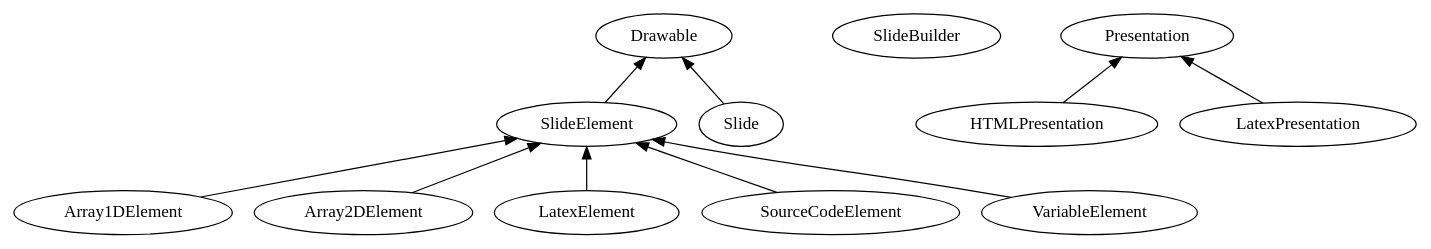
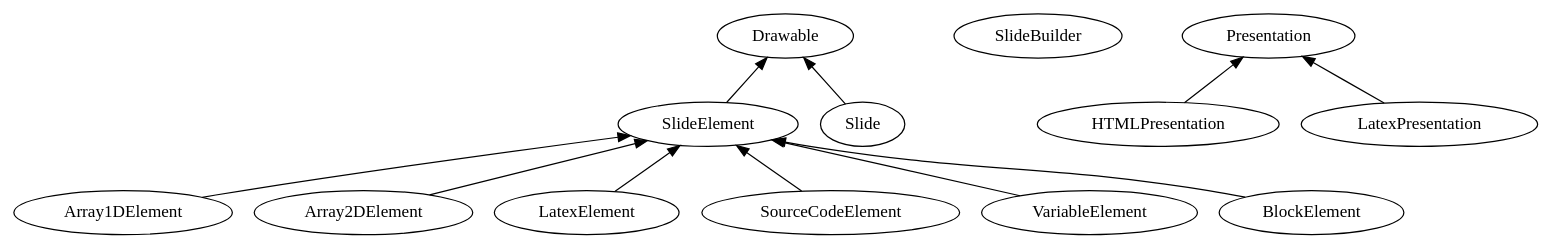
One commit to varqox/VisuAlgo changed the diagram in hierarchy.dot. Above: the diagram before and after it, drawn with Graphviz. The commit also changed 5 other files, not shown here.

Commit message:
Added BlockElement

```diff
--- a/hierarchy.dot
+++ b/hierarchy.dot
@@ -1,9 +1,10 @@
 digraph {
 	Drawable -> SlideElement, Slide [dir=back];
 	SlideElement -> Array1DElement, Array2DElement, LatexElement [dir=back];
 	SlideElement -> SourceCodeElement, VariableElement [dir=back];
+	SlideElement -> BlockElement [dir=back];
 
 	SlideBuilder
 
 	Presentation -> HTMLPresentation, LatexPresentation [dir=back];
 }
```
